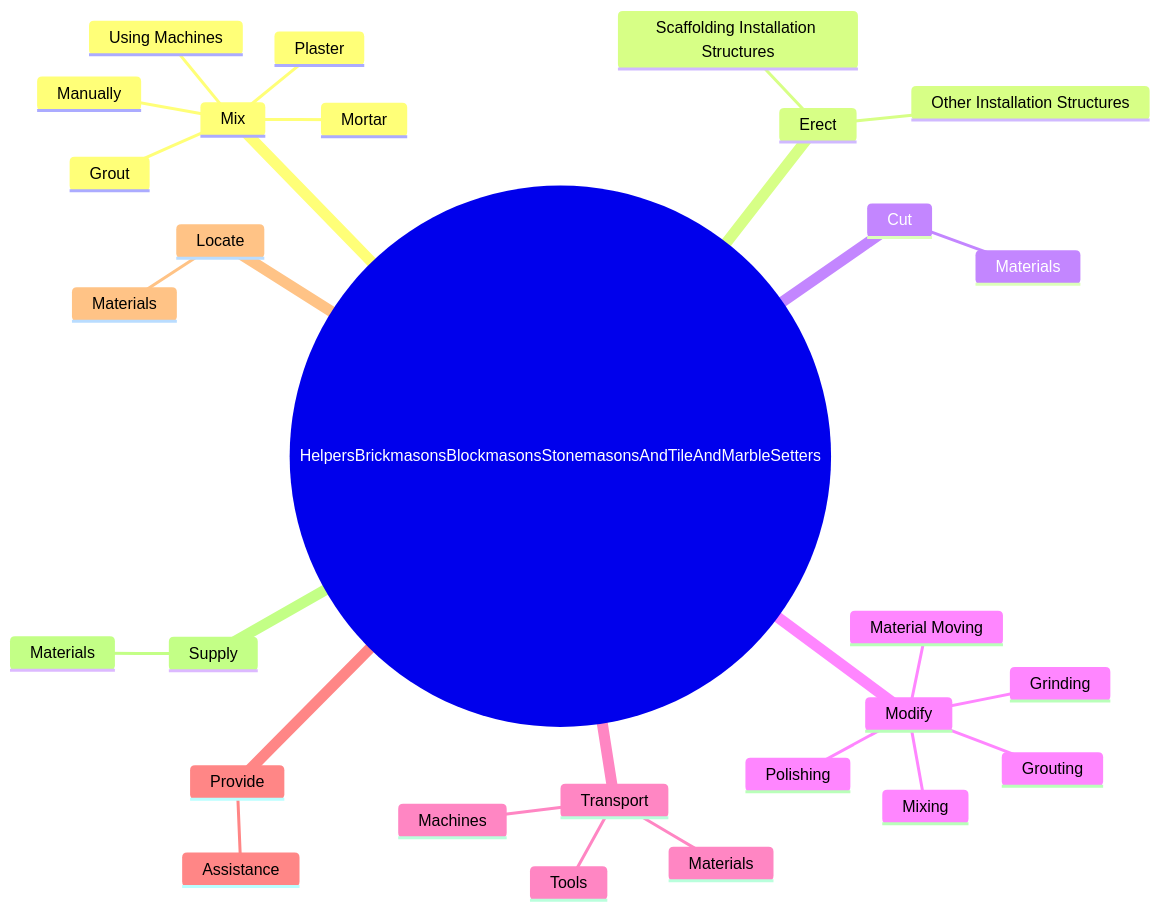
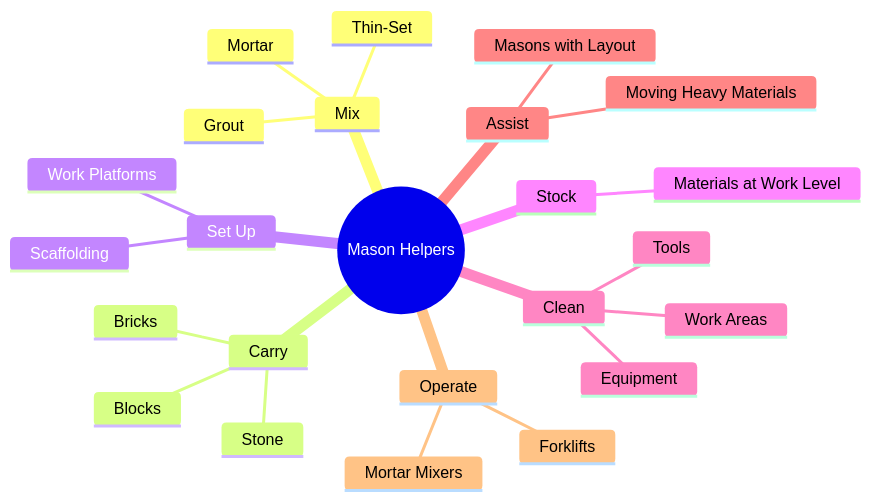
The second of 4 diagrams in occupations/Construction/HelpersBrickmasonsBlockmasonsStonemasonsAndTileAndMarbleSetters.mdx (kziemski/business.org.ai), drawn with Mermaid before and after one commit. The commit also changed other lines of this file and 938 other files, not shown here.

````diff
--- a/occupations/Construction/HelpersBrickmasonsBlockmasonsStonemasonsAndTileAndMarbleSetters.mdx
+++ b/occupations/Construction/HelpersBrickmasonsBlockmasonsStonemasonsAndTileAndMarbleSetters.mdx
@@ -37,31 +46,27 @@
 ```mermaid
 mindmap
-    root(("HelpersBrickmasonsBlockmasonsStonemasonsAndTileAndMarbleSetters"))
+    root(("Mason Helpers"))
         Mix
             Mortar
-            Plaster
             Grout
-            Manually
-            Using Machines
-        Erect
-            Scaffolding Installation Structures
-            Other Installation Structures
-        Cut
-            Materials
-        Modify
-            Material Moving
-            Mixing
-            Grouting
-            Grinding
-            Polishing
-        Transport
-            Materials
+            Thin-Set
+        Carry
+            Bricks
+            Blocks
+            Stone
+        Set Up
+            Scaffolding
+            Work Platforms
+        Stock
+            Materials at Work Level
+        Clean
+            Work Areas
             Tools
-            Machines
-        Provide
-            Assistance
-        Locate
-            Materials
-        Supply
-            Materials
+            Equipment
+        Assist
+            Masons with Layout
+            Moving Heavy Materials
+        Operate
+            Mortar Mixers
+            Forklifts
 ```
````
